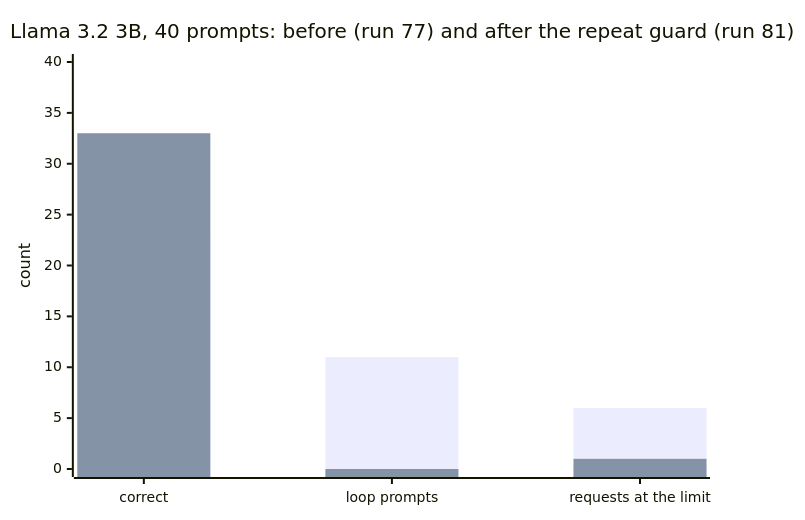
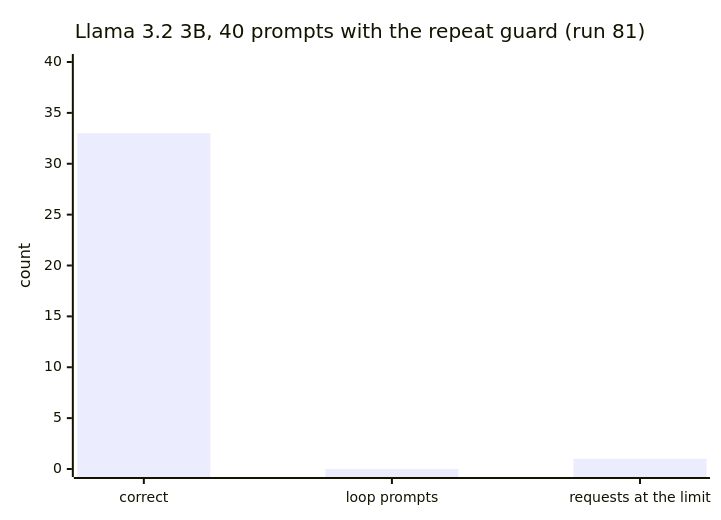
The diagram in test/benchmarks/tools-and-agents.md (cluaiz/cluaiz), drawn with Mermaid before and after one commit. The commit also changed other lines of this file and 759 other files, not shown here.

````diff
--- a/test/benchmarks/tools-and-agents.md
+++ b/test/benchmarks/tools-and-agents.md
@@ -15,8 +15,7 @@
 ```mermaid
 xychart-beta
-    title "Llama 3.2 3B, 40 prompts: before (run 77) and after the repeat guard (run 81)"
+    title "Llama 3.2 3B, 40 prompts with the repeat guard (run 81)"
     x-axis ["correct", "loop prompts", "requests at the limit"]
     y-axis "count" 0 --> 40
-    bar [23, 11, 6]
     bar [33, 0, 1]
 ```
````
